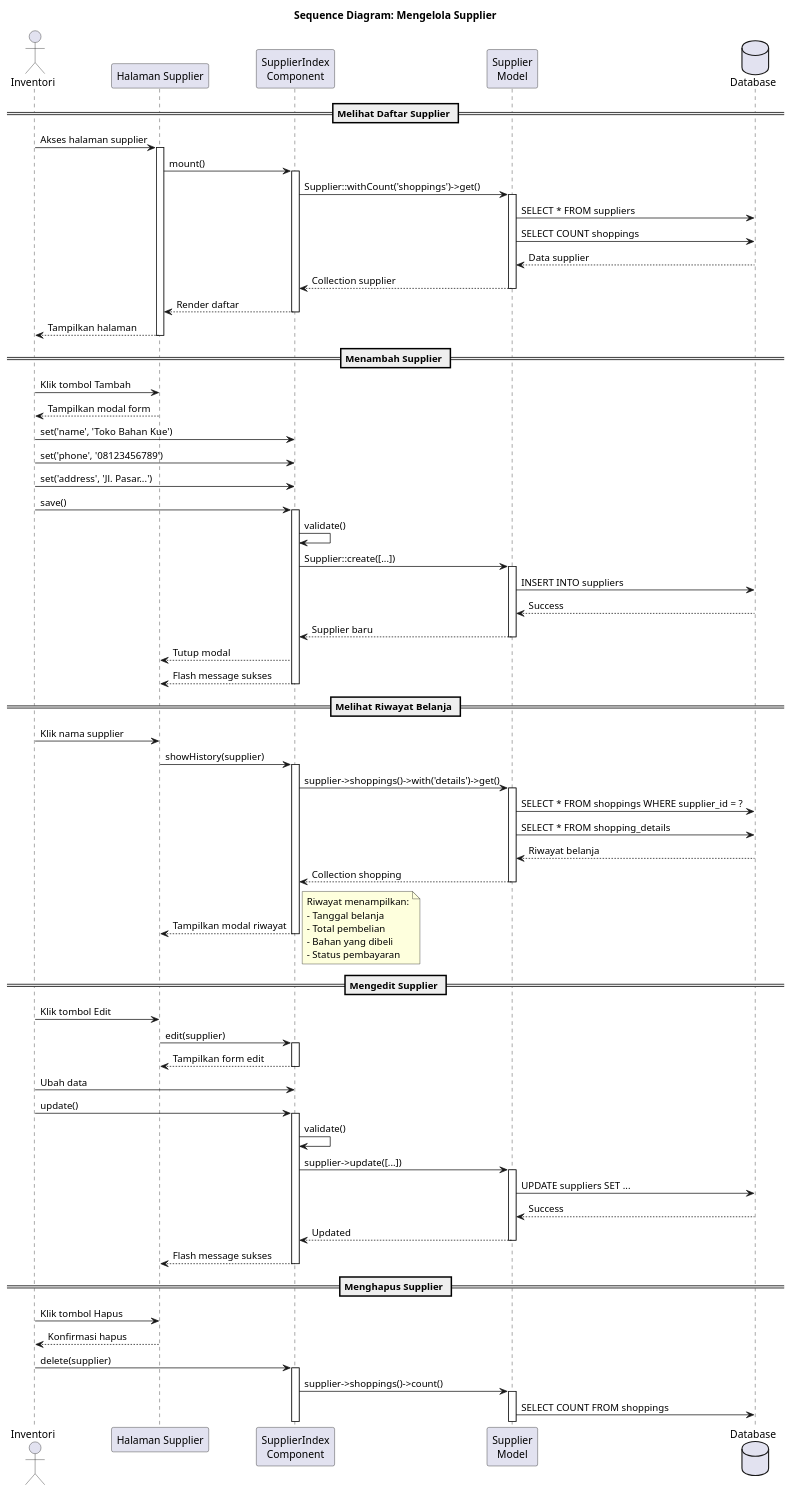
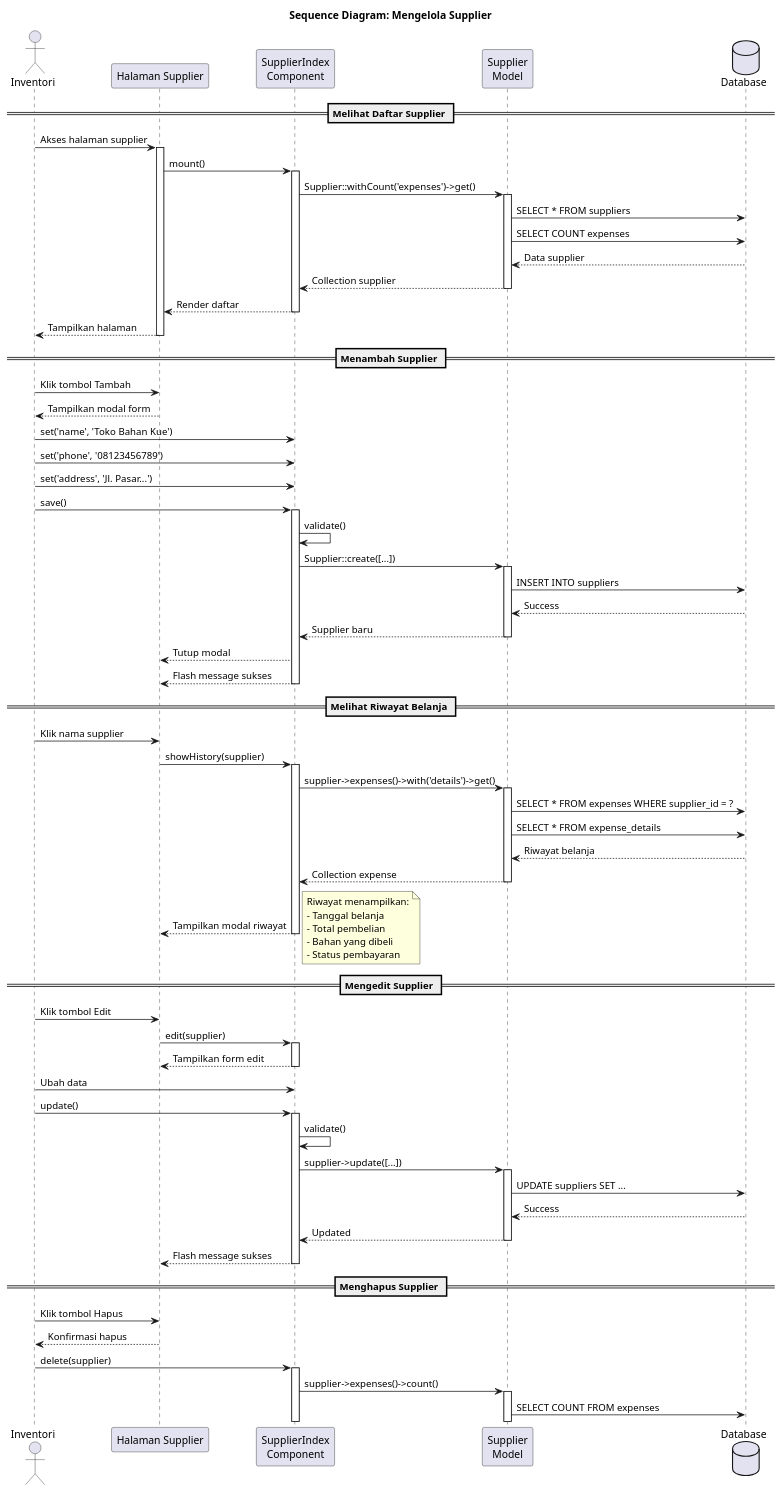
Diagram 14 of 19 in docs/diagrams/03_SEQUENCE_DIAGRAM.md (pawon3d/pawon3d), drawn with PlantUML before and after one commit. The commit also changed other lines of this file and 31 other files, not shown here.

````diff
--- a/docs/diagrams/03_SEQUENCE_DIAGRAM.md
+++ b/docs/diagrams/03_SEQUENCE_DIAGRAM.md
@@ -1459,10 +1487,10 @@
 activate H
 H -> S: mount()
 activate S
-S -> M: Supplier::withCount('shoppings')->get()
+S -> M: Supplier::withCount('expenses')->get()
 activate M
 M -> DB: SELECT * FROM suppliers
-M -> DB: SELECT COUNT shoppings
+M -> DB: SELECT COUNT expenses
 DB --> M: Data supplier
 M --> S: Collection supplier
 deactivate M
@@ -1496,12 +1524,12 @@
 I -> H: Klik nama supplier
 H -> S: showHistory(supplier)
 activate S
-S -> M: supplier->shoppings()->with('details')->get()
+S -> M: supplier->expenses()->with('details')->get()
 activate M
-M -> DB: SELECT * FROM shoppings WHERE supplier_id = ?
-M -> DB: SELECT * FROM shopping_details
+M -> DB: SELECT * FROM expenses WHERE supplier_id = ?
+M -> DB: SELECT * FROM expense_details
 DB --> M: Riwayat belanja
-M --> S: Collection shopping
+M --> S: Collection expense
 deactivate M
 S --> H: Tampilkan modal riwayat
 deactivate S
@@ -1540,9 +1568,9 @@
 H --> I: Konfirmasi hapus
 I -> S: delete(supplier)
 activate S
-S -> M: supplier->shoppings()->count()
+S -> M: supplier->expenses()->count()
 activate M
-M -> DB: SELECT COUNT FROM shoppings
+M -> DB: SELECT COUNT FROM expenses
 
 @enduml
 ```
````
